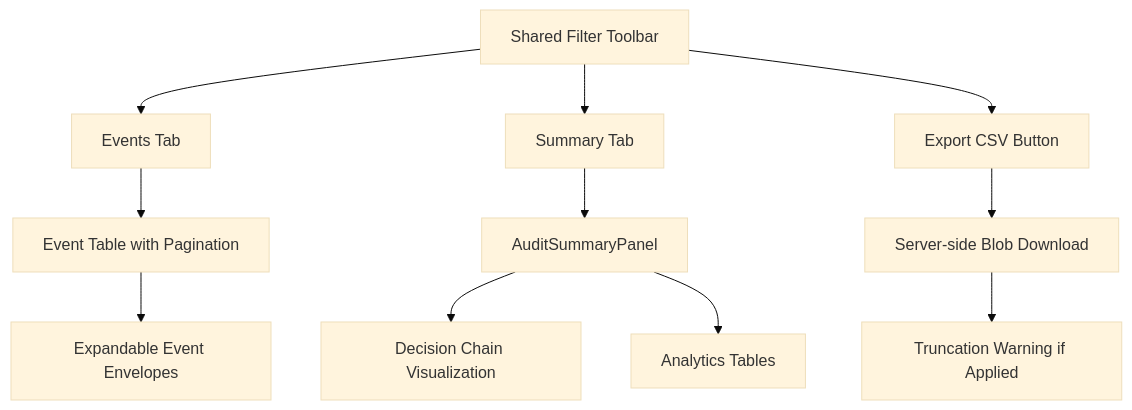
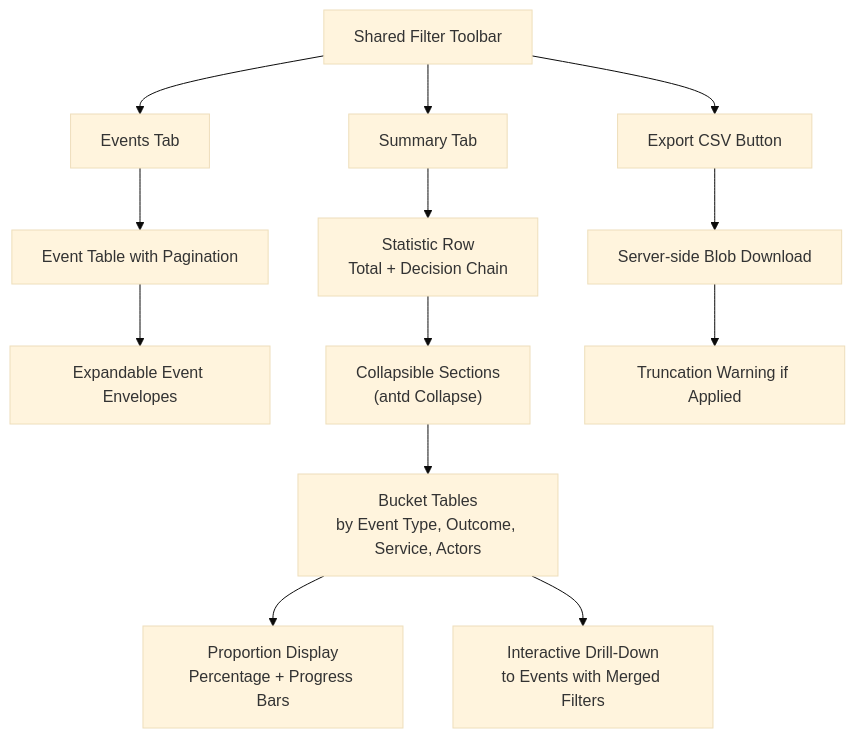
One commit to metasync/luban-aiops changed the seventh of 10 diagrams in .qoder/repowiki/en/content/Operator Portal.md. Above: the diagram before and after it, drawn with Mermaid (base theme). The commit also changed other lines of this file and 4 other files, not shown here.

````diff
--- a/.qoder/repowiki/en/content/Operator Portal.md
+++ b/.qoder/repowiki/en/content/Operator Portal.md
@@ -252,13 +257,15 @@
 ```mermaid
 flowchart TD
 FilterToolbar["Shared Filter Toolbar"] --> EventsTab["Events Tab"]
 FilterToolbar --> SummaryTab["Summary Tab"]
 FilterToolbar --> ExportBtn["Export CSV Button"]
 EventsTab --> EventTable["Event Table with Pagination"]
 EventTable --> ExpandableRows["Expandable Event Envelopes"]
-SummaryTab --> SummaryPanel["AuditSummaryPanel"]
-SummaryPanel --> DecisionChain["Decision Chain Visualization"]
-SummaryPanel --> AnalyticsTables["Analytics Tables"]
+SummaryTab --> StatisticRow["Statistic Row<br/>Total + Decision Chain"]
+StatisticRow --> CollapsibleSections["Collapsible Sections<br/>(antd Collapse)"]
+CollapsibleSections --> BucketTables["Bucket Tables<br/>by Event Type, Outcome, Service, Actors"]
+BucketTables --> ProportionDisplay["Proportion Display<br/>Percentage + Progress Bars"]
+BucketTables --> Drilldown["Interactive Drill-Down<br/>to Events with Merged Filters"]
 ExportBtn --> BlobDownload["Server-side Blob Download"]
 BlobDownload --> TruncationWarning["Truncation Warning if Applied"]
 ```
````
